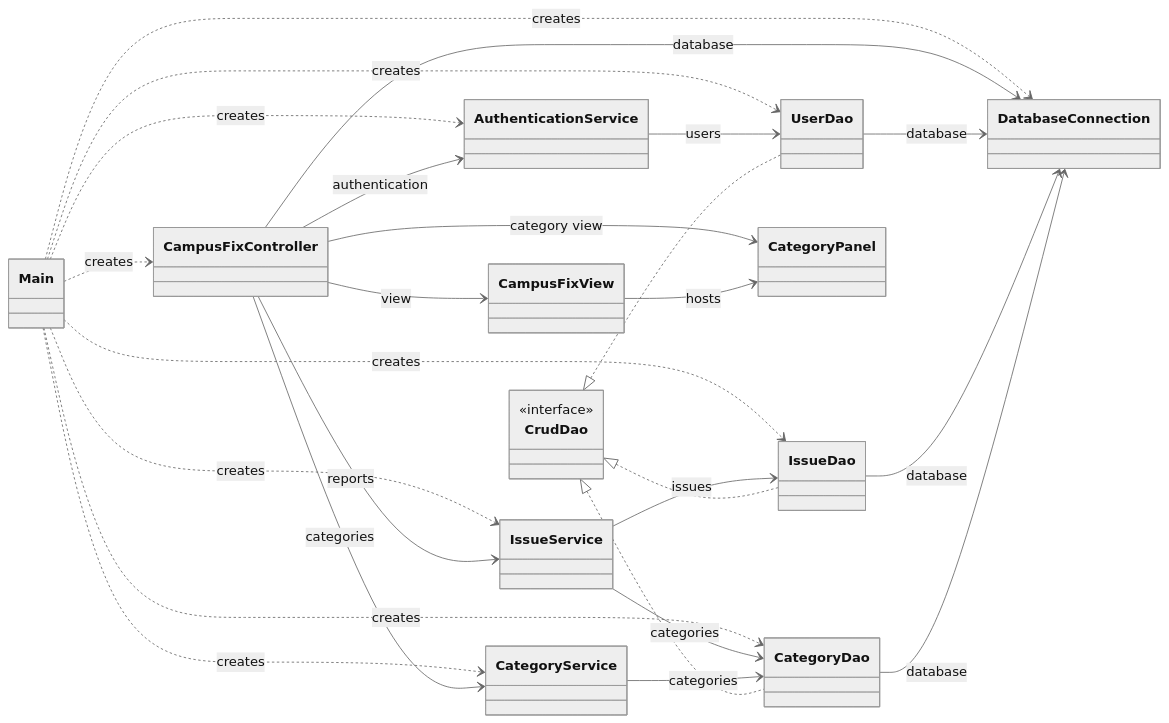
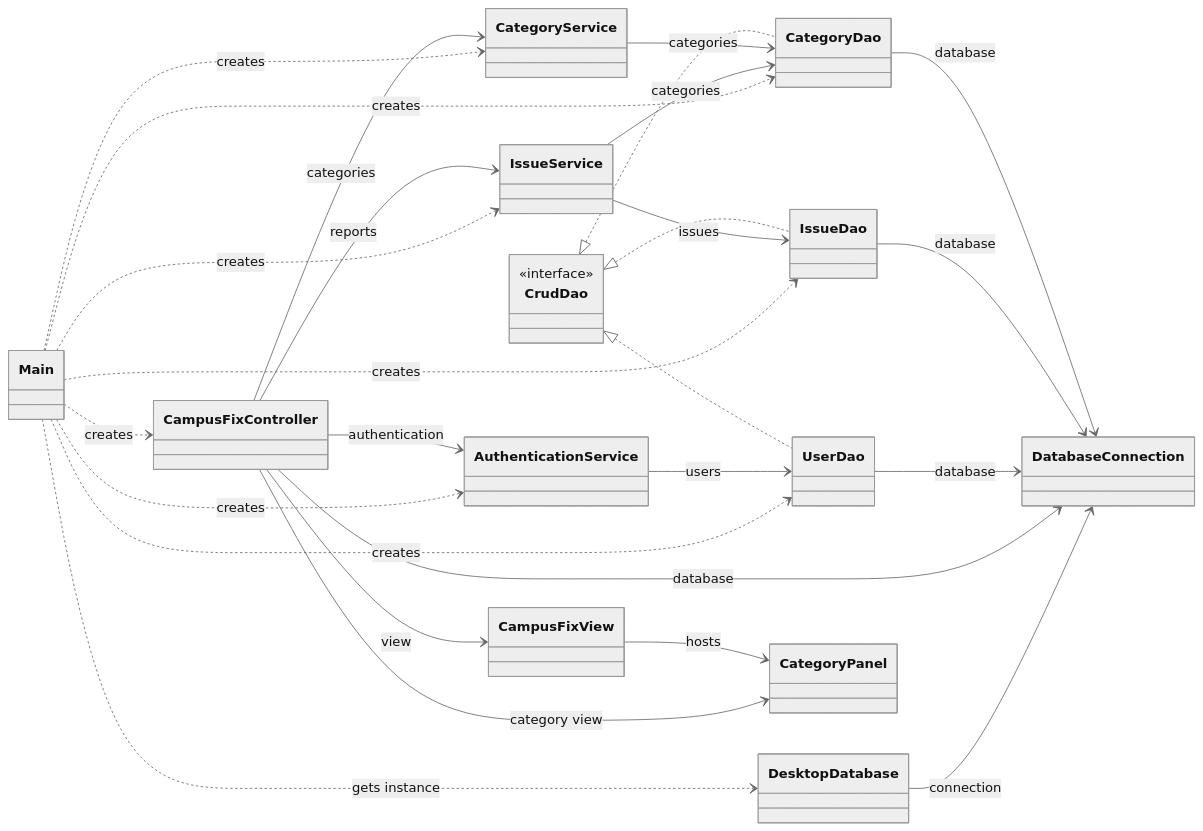
Before and after one commit to dfernq/inso-2026-2027-campus-fix: the diagram in docs/java-desktop.md, drawn with Mermaid (neutral theme). The commit also changed other lines of this file and 2 other files, not shown here.

````diff
--- a/docs/java-desktop.md
+++ b/docs/java-desktop.md
@@ -72,32 +89,33 @@
 ```mermaid
 classDiagram
     direction LR
     class CrudDao {
         <<interface>>
     }
     Main ..> CampusFixController : creates
-    Main ..> DatabaseConnection : creates
+    Main ..> DesktopDatabase : gets instance
+    DesktopDatabase --> DatabaseConnection : connection
     Main ..> AuthenticationService : creates
     Main ..> UserDao : creates
     Main ..> IssueService : creates
     Main ..> CategoryService : creates
     Main ..> IssueDao : creates
     Main ..> CategoryDao : creates
     CampusFixController --> CampusFixView : view
     CampusFixController --> CategoryPanel : category view
     CampusFixView --> CategoryPanel : hosts
     CampusFixController --> DatabaseConnection : database
     CampusFixController --> AuthenticationService : authentication
     CampusFixController --> IssueService : reports
     CampusFixController --> CategoryService : categories
     AuthenticationService --> UserDao : users
     IssueService --> IssueDao : issues
     IssueService --> CategoryDao : categories
     CategoryService --> CategoryDao : categories
     UserDao --> DatabaseConnection : database
     IssueDao --> DatabaseConnection : database
     CategoryDao --> DatabaseConnection : database
     CrudDao <|.. UserDao
     CrudDao <|.. IssueDao
     CrudDao <|.. CategoryDao
 ```
````
